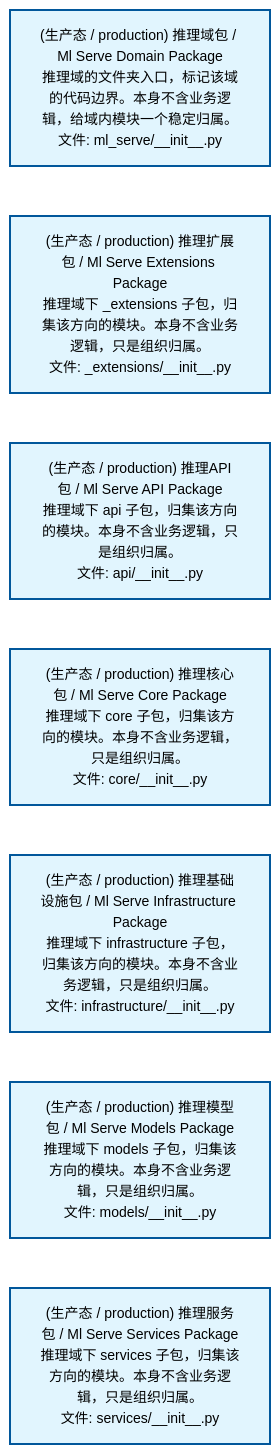
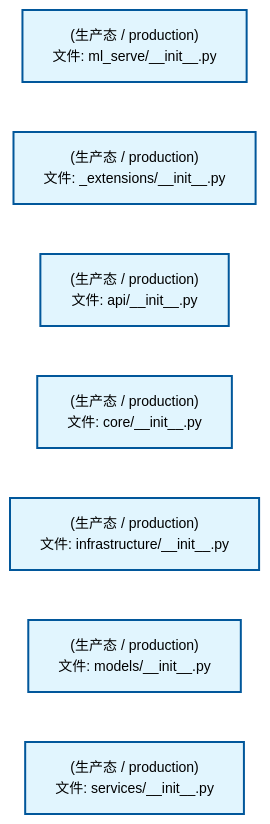
Before and after one commit to xuanFelixVan/ZephyrAlpha: the first of 3 diagrams in docs/02_enterprise_architecture/02_domain_architecture_docs/60_d_ml_serve.md, drawn with Mermaid. The commit also changed other lines of this file and 75 other files, not shown here.

````diff
--- a/docs/02_enterprise_architecture/02_domain_architecture_docs/60_d_ml_serve.md
+++ b/docs/02_enterprise_architecture/02_domain_architecture_docs/60_d_ml_serve.md
@@ -53,22 +53,22 @@
 ```mermaid
 %%{init: {'theme': 'base', 'themeVariables': {'primaryColor': '#eaeaea', 'primaryTextColor': '#333333', 'primaryBorderColor': '#666666', 'lineColor': '#666666', 'secondaryColor': '#eaeaea', 'tertiaryColor': '#eaeaea', 'fontSize': '14px'}}}%%
 flowchart TD
-    src_zephyr_ml_serve_init_py["(生产态 / production) 推理域包 / Ml Serve Domain Package<br/>推理域的文件夹入口，标记该域的代码边界。本身不含业务逻辑，给域内模块一个稳定归属。<br/>文件: ml_serve/__init__.py"]
-    src_zephyr_ml_serve_extensions_init_py["(生产态 / production) 推理扩展包 / Ml Serve Extensions Package<br/>推理域下 _extensions 子包，归集该方向的模块。本身不含业务逻辑，只是组织归属。<br/>文件: _extensions/__init__.py"]
-    src_zephyr_ml_serve_api_init_py["(生产态 / production) 推理API包 / Ml Serve API Package<br/>推理域下 api 子包，归集该方向的模块。本身不含业务逻辑，只是组织归属。<br/>文件: api/__init__.py"]
-    src_zephyr_ml_serve_core_init_py["(生产态 / production) 推理核心包 / Ml Serve Core Package<br/>推理域下 core 子包，归集该方向的模块。本身不含业务逻辑，只是组织归属。<br/>文件: core/__init__.py"]
-    src_zephyr_ml_serve_infrastructure_init_py["(生产态 / production) 推理基础设施包 / Ml Serve Infrastructure Package<br/>推理域下 infrastructure 子包，归集该方向的模块。本身不含业务逻辑，只是组织归属。<br/>文件: infrastructure/__init__.py"]
-    src_zephyr_ml_serve_models_init_py["(生产态 / production) 推理模型包 / Ml Serve Models Package<br/>推理域下 models 子包，归集该方向的模块。本身不含业务逻辑，只是组织归属。<br/>文件: models/__init__.py"]
-    src_zephyr_ml_serve_services_init_py["(生产态 / production) 推理服务包 / Ml Serve Services Package<br/>推理域下 services 子包，归集该方向的模块。本身不含业务逻辑，只是组织归属。<br/>文件: services/__init__.py"]
+    src_zephyr_ml_serve_init_py["(生产态 / production)<br/>文件: ml_serve/__init__.py"]
+    src_zephyr_ml_serve_extensions_init_py["(生产态 / production)<br/>文件: _extensions/__init__.py"]
+    src_zephyr_ml_serve_api_init_py["(生产态 / production)<br/>文件: api/__init__.py"]
+    src_zephyr_ml_serve_core_init_py["(生产态 / production)<br/>文件: core/__init__.py"]
+    src_zephyr_ml_serve_infrastructure_init_py["(生产态 / production)<br/>文件: infrastructure/__init__.py"]
+    src_zephyr_ml_serve_models_init_py["(生产态 / production)<br/>文件: models/__init__.py"]
+    src_zephyr_ml_serve_services_init_py["(生产态 / production)<br/>文件: services/__init__.py"]
     src_zephyr_ml_serve_init_py ~~~ src_zephyr_ml_serve_extensions_init_py
     src_zephyr_ml_serve_extensions_init_py ~~~ src_zephyr_ml_serve_api_init_py
     src_zephyr_ml_serve_api_init_py ~~~ src_zephyr_ml_serve_core_init_py
     src_zephyr_ml_serve_core_init_py ~~~ src_zephyr_ml_serve_infrastructure_init_py
     src_zephyr_ml_serve_infrastructure_init_py ~~~ src_zephyr_ml_serve_models_init_py
     src_zephyr_ml_serve_models_init_py ~~~ src_zephyr_ml_serve_services_init_py
     classDef production fill:#e1f5fe,stroke:#01579b,stroke-width:2px,color:#000
     classDef design fill:#fff3e0,stroke:#e65100,stroke-width:2px,color:#000,stroke-dasharray: 5 5
     classDef external_prod fill:#e8f4fd,stroke:#0277bd,stroke-width:1px,color:#000
     classDef external_design fill:#fff8e7,stroke:#ef6c00,stroke-width:1px,color:#000,stroke-dasharray: 5 5
     class src_zephyr_ml_serve_init_py,src_zephyr_ml_serve_extensions_init_py,src_zephyr_ml_serve_api_init_py,src_zephyr_ml_serve_core_init_py,src_zephyr_ml_serve_infrastructure_init_py,src_zephyr_ml_serve_models_init_py,src_zephyr_ml_serve_services_init_py production
 ```
````
